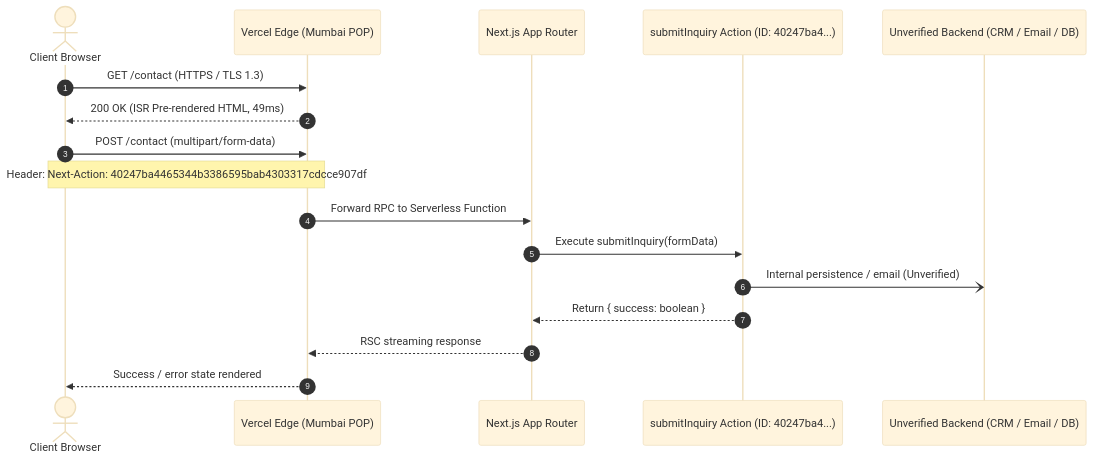
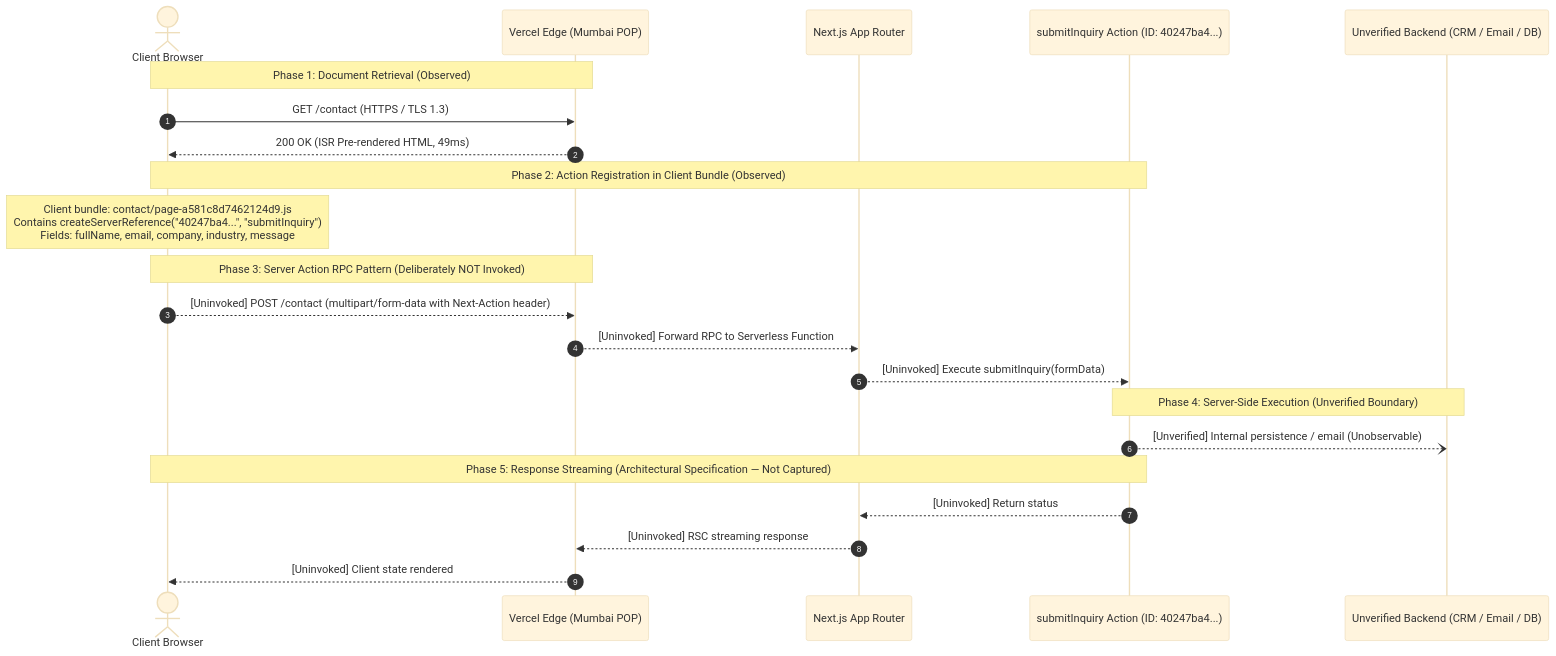
The diagram in docs/02-architecture-analysis.md (SOULShri/cynbit-backend-audit), drawn with Mermaid (base theme) before and after one commit. The commit also changed other lines of this file and 12 other files, not shown here.

Commit message:
fix: evidence accuracy, Redis cache adapters, diagram consistency, and mobile UX

````diff
--- a/docs/02-architecture-analysis.md
+++ b/docs/02-architecture-analysis.md
@@ -12,20 +12,29 @@
 ```mermaid
 sequenceDiagram
     autonumber
     actor User as Client Browser
     participant Edge as Vercel Edge (Mumbai POP)
     participant NextApp as Next.js App Router
     participant Action as submitInquiry Action (ID: 40247ba4...)
     participant Backend as Unverified Backend (CRM / Email / DB)
 
+    Note over User,Edge: Phase 1: Document Retrieval (Observed)
     User->>Edge: GET /contact (HTTPS / TLS 1.3)
     Edge-->>User: 200 OK (ISR Pre-rendered HTML, 49ms)
-    User->>Edge: POST /contact (multipart/form-data)
-    Note over User,Edge: Header: Next-Action: 40247ba4465344b3386595bab4303317cdcce907df
-    Edge->>NextApp: Forward RPC to Serverless Function
-    NextApp->>Action: Execute submitInquiry(formData)
-    Action-)Backend: Internal persistence / email (Unverified)
-    Action-->>NextApp: Return { success: boolean }
-    NextApp-->>Edge: RSC streaming response
-    Edge-->>User: Success / error state rendered
+
+    Note over User,Action: Phase 2: Action Registration in Client Bundle (Observed)
+    Note over User: Client bundle: contact/page-a581c8d7462124d9.js<br/>Contains createServerReference("40247ba4...", "submitInquiry")<br/>Fields: fullName, email, company, industry, message
+
+    Note over User,Edge: Phase 3: Server Action RPC Pattern (Deliberately NOT Invoked)
+    User-->>Edge: [Uninvoked] POST /contact (multipart/form-data with Next-Action header)
+    Edge-->>NextApp: [Uninvoked] Forward RPC to Serverless Function
+    NextApp-->>Action: [Uninvoked] Execute submitInquiry(formData)
+
+    Note over Action,Backend: Phase 4: Server-Side Execution (Unverified Boundary)
+    Action--)Backend: [Unverified] Internal persistence / email (Unobservable)
+
+    Note over Action,User: Phase 5: Response Streaming (Architectural Specification — Not Captured)
+    Action-->>NextApp: [Uninvoked] Return status
+    NextApp-->>Edge: [Uninvoked] RSC streaming response
+    Edge-->>User: [Uninvoked] Client state rendered
 ```
````
